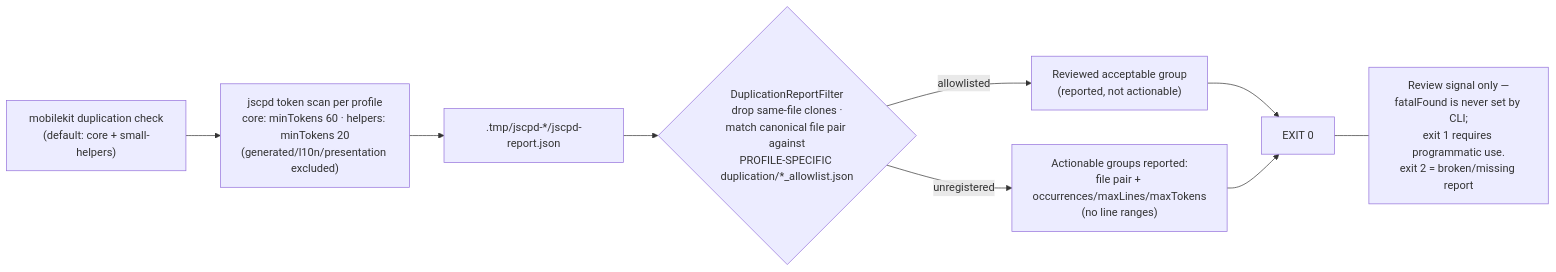
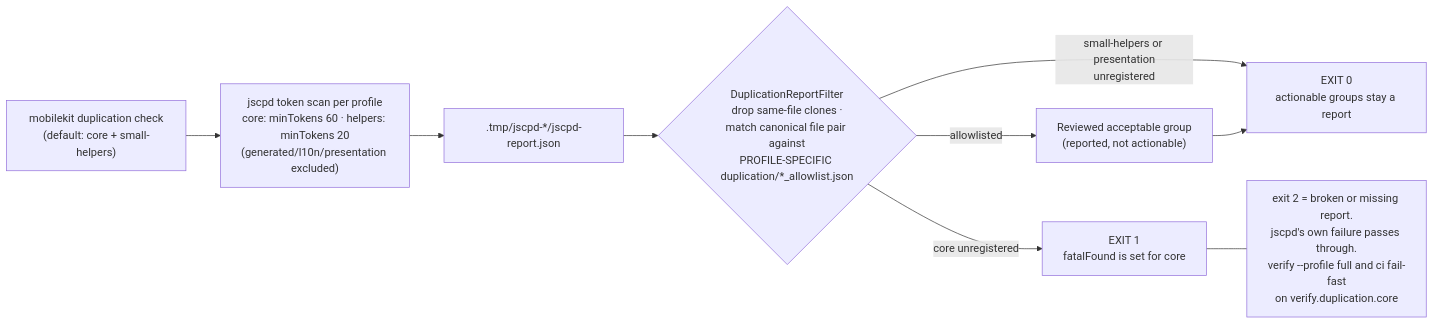
Before and after one commit to fikrilal/mobile-core-kit: the second of 2 diagrams in docs/engineering/harness/duplication_sensor_flowchart.md, drawn with Mermaid. The commit also changed other lines of this file and 6 other files, not shown here.

````diff
--- a/docs/engineering/harness/duplication_sensor_flowchart.md
+++ b/docs/engineering/harness/duplication_sensor_flowchart.md
@@ -68,15 +69,15 @@
 ```mermaid
 flowchart LR
     Cmd["mobilekit duplication check<br/>(default: core + small-helpers)"] --> Jscpd["jscpd token scan per profile<br/>core: minTokens 60 · helpers: minTokens 20<br/>(generated/l10n/presentation excluded)"]
 
     Jscpd --> Report[".tmp/jscpd-*/jscpd-report.json"]
     Report --> Filter{"DuplicationReportFilter<br/>drop same-file clones ·<br/>match canonical file pair against<br/>PROFILE-SPECIFIC duplication/*_allowlist.json"}
 
     Filter -->|"allowlisted"| Reviewed["Reviewed acceptable group<br/>(reported, not actionable)"]
-    Filter -->|"unregistered"| Actionable["Actionable groups reported:<br/>file pair + occurrences/maxLines/maxTokens<br/>(no line ranges)"]
+    Filter -->|"core unregistered"| CoreFail["EXIT 1<br/>fatalFound is set for core"]
+    Filter -->|"small-helpers or presentation<br/>unregistered"| Advisory["EXIT 0<br/>actionable groups stay a report"]
 
-    Reviewed --> Zero["EXIT 0"]
-    Actionable --> Zero
+    Reviewed --> Advisory
 
-    Zero --- Note["Review signal only —<br/>fatalFound is never set by CLI;<br/>exit 1 requires programmatic use.<br/>exit 2 = broken/missing report"]
+    CoreFail --- Note["exit 2 = broken or missing report.<br/>jscpd's own failure passes through.<br/>verify --profile full and ci fail-fast<br/>on verify.duplication.core"]
 ```
````
